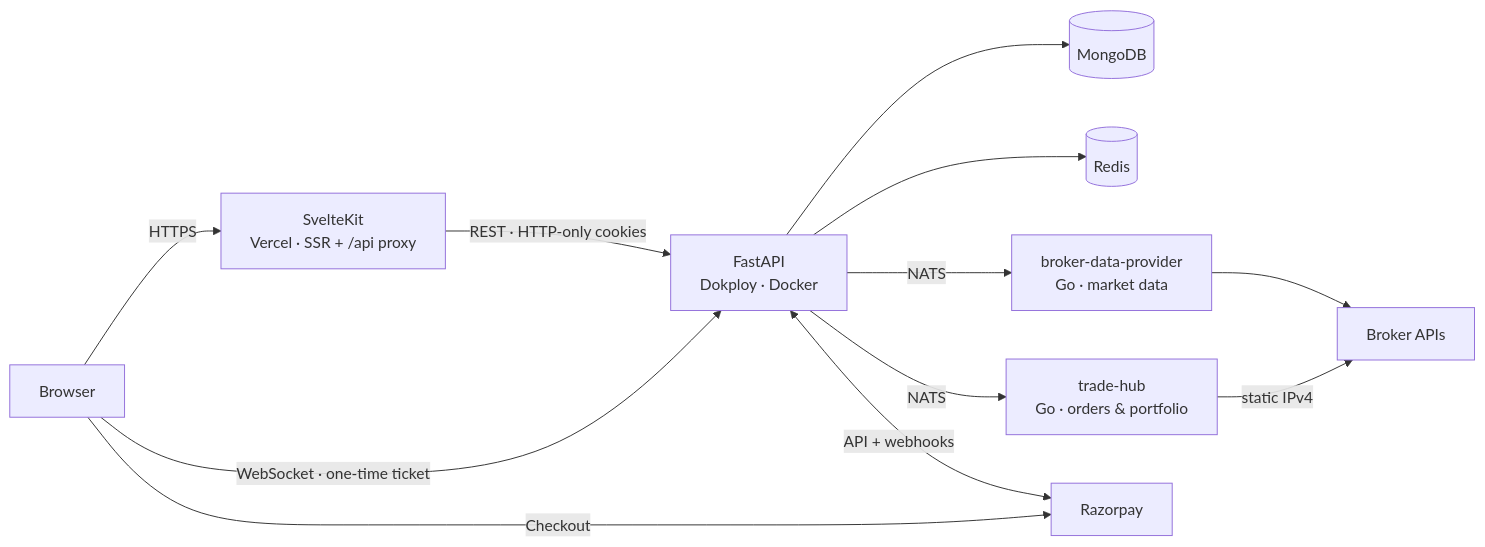
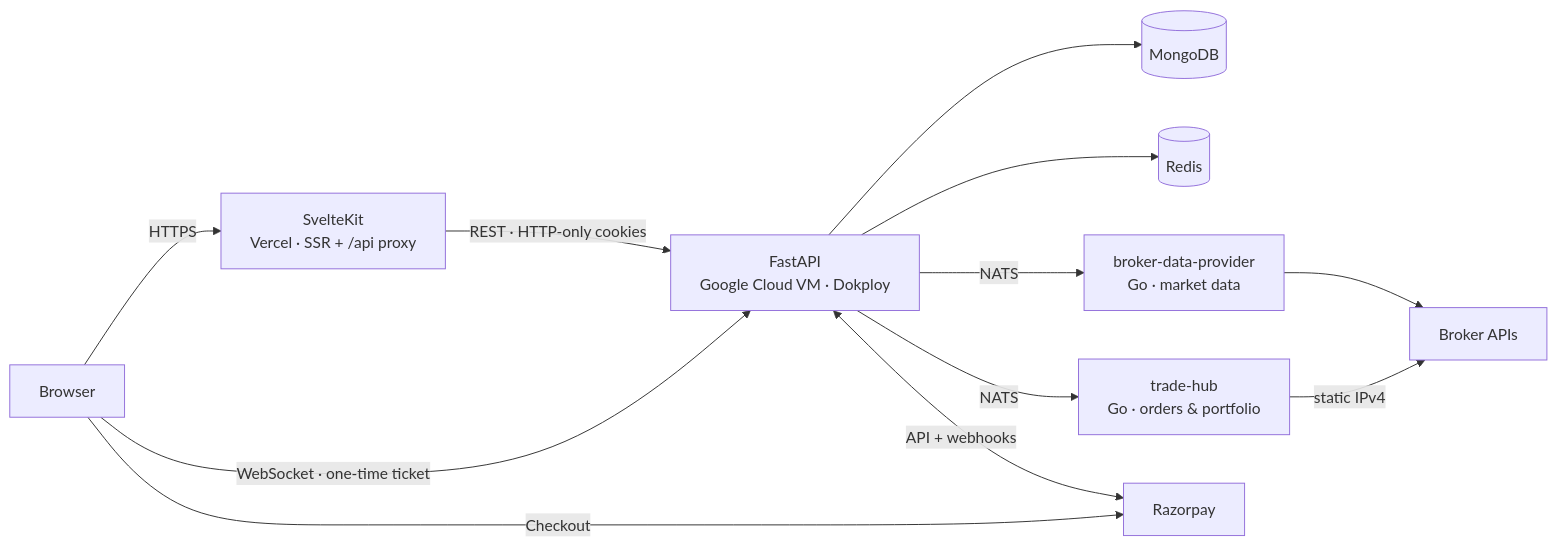
One commit to Deepak-GitHub1474/svakosh changed the diagram in README.md. Above: the diagram before and after it, drawn with Mermaid. The commit also changed other lines of this file, not shown here.

Commit message:
docs: note test-mode payments and Google Cloud hosting in README

````diff
--- a/README.md
+++ b/README.md
@@ -30,14 +30,14 @@
 ```mermaid
 graph LR
     B["Browser"] -->|"HTTPS"| FE["SvelteKit<br/>Vercel · SSR + /api proxy"]
-    FE -->|"REST · HTTP-only cookies"| API["FastAPI<br/>Dokploy · Docker"]
+    FE -->|"REST · HTTP-only cookies"| API["FastAPI<br/>Google Cloud VM · Dokploy"]
     B -->|"WebSocket · one-time ticket"| API
     API --> M[("MongoDB")]
     API --> R[("Redis")]
     API -->|"NATS"| BDP["broker-data-provider<br/>Go · market data"]
     API -->|"NATS"| TH["trade-hub<br/>Go · orders & portfolio"]
     BDP --> BRK["Broker APIs"]
     TH -->|"static IPv4"| BRK
     API <-->|"API + webhooks"| RZP["Razorpay"]
     B -->|"Checkout"| RZP
 ```
````
